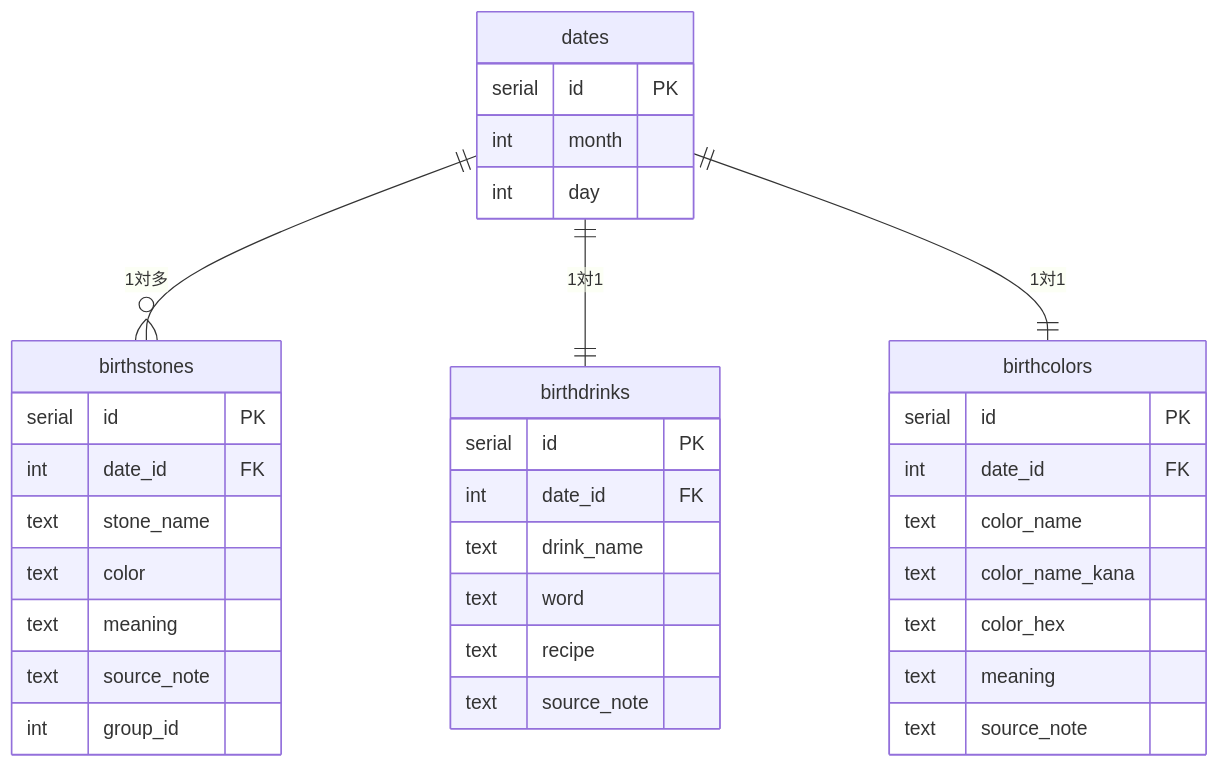
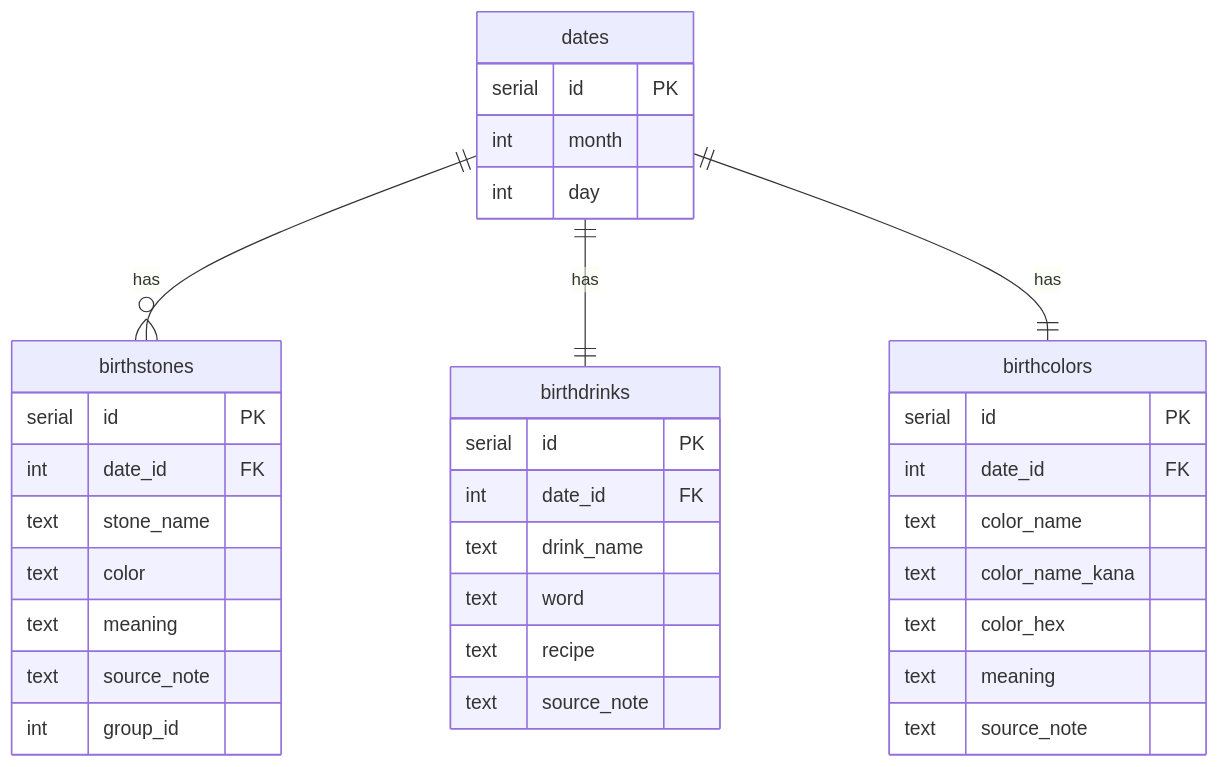
Before and after one commit to hayama-dev/NATAL: the diagram in README.md, drawn with Mermaid. The commit also changed other lines of this file, not shown here.

Commit message:
docx:ER図修正

````diff
--- a/README.md
+++ b/README.md
@@ -50,41 +50,42 @@
 ```mermaid
 erDiagram
     dates {
         serial id PK
         int month
         int day
     }
 
     birthstones {
         serial id PK
         int date_id FK
         text stone_name
         text color
         text meaning
         text source_note
         int group_id
     }
 
     birthdrinks {
         serial id PK
         int date_id FK
         text drink_name
         text word
         text recipe
         text source_note
     }
 
     birthcolors {
         serial id PK
         int date_id FK
         text color_name
         text color_name_kana
         text color_hex
         text meaning
         text source_note
     }
 
-    dates ||--o{ birthstones : "1対多"
-    dates ||--|| birthdrinks : "1対1"
-    dates ||--|| birthcolors : "1対1"
+    dates ||--o{ birthstones : "has"
+    dates ||--|| birthdrinks : "has"
+    dates ||--|| birthcolors : "has"
+    
 ```
````
